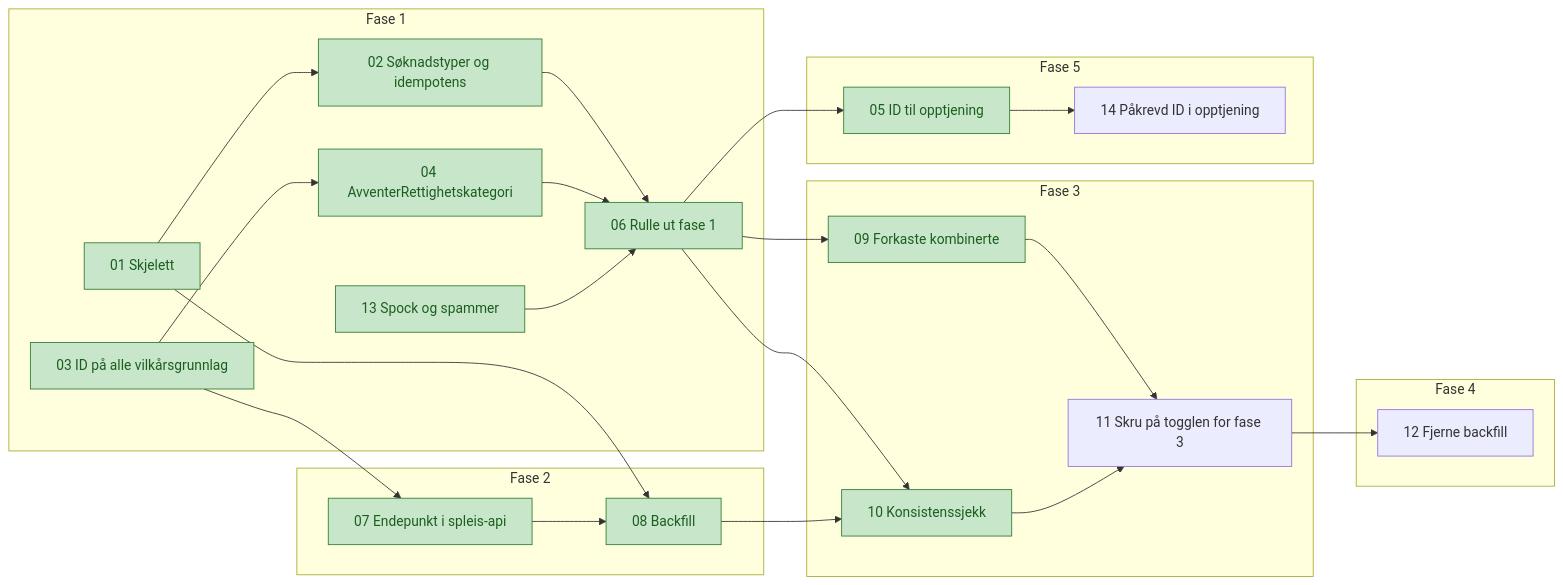
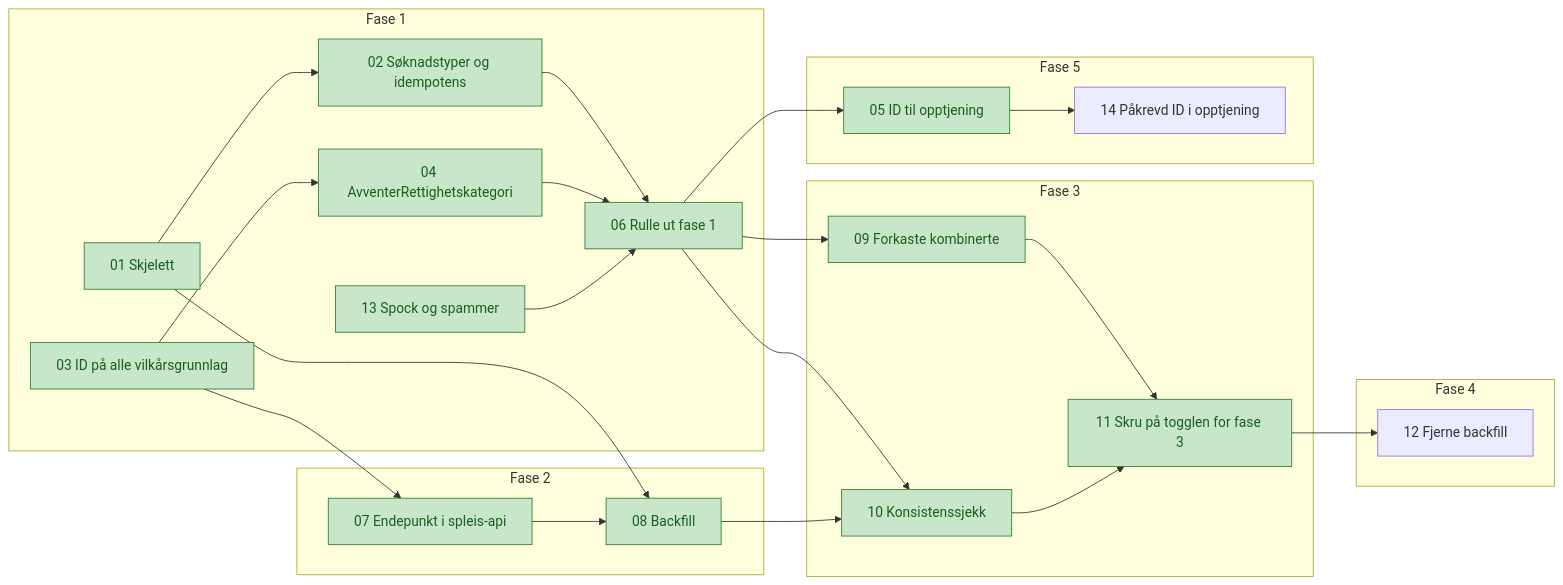
The diagram in docs/tickets/avklare-rettighetskategori/index.md (navikt/helse-sas-meta), drawn with Mermaid before and after one commit. The commit also changed other lines of this file and 2 other files, not shown here.

Commit message:
ferdigstill ticket 11 i avklaring av rettighetskategori.

````diff
--- a/docs/tickets/avklare-rettighetskategori/index.md
+++ b/docs/tickets/avklare-rettighetskategori/index.md
@@ -22,33 +22,33 @@
 ```mermaid
 flowchart LR
     subgraph F1[Fase 1]
         T01[01 Skjelett] --> T02[02 Søknadstyper og idempotens]
         T03[03 ID på alle vilkårsgrunnlag] --> T04[04 AvventerRettighetskategori]
         T02 --> T06[06 Rulle ut fase 1]
         T04 --> T06
         T13[13 Spock og spammer] --> T06
     end
     subgraph F2[Fase 2]
         T07[07 Endepunkt i spleis-api] --> T08[08 Backfill]
     end
     subgraph F3[Fase 3]
         T09[09 Forkaste kombinerte] --> T11[11 Skru på togglen for fase 3]
         T10[10 Konsistenssjekk] --> T11
     end
     subgraph F4[Fase 4]
         T12[12 Fjerne backfill]
     end
     subgraph F5[Fase 5]
         T05[05 ID til opptjening] --> T14[14 Påkrevd ID i opptjening]
     end
     T06 --> T05
     T03 --> T07
     T01 --> T08
     T06 --> T09
     T06 --> T10
     T08 --> T10
     T11 --> T12
 
     classDef ferdig fill:#c8e6c9,stroke:#2e7d32,color:#1b5e20
-    class T01,T02,T03,T04,T05,T06,T07,T08,T09,T10,T13 ferdig
+    class T01,T02,T03,T04,T05,T06,T07,T08,T09,T10,T11,T13 ferdig
 ```
````
